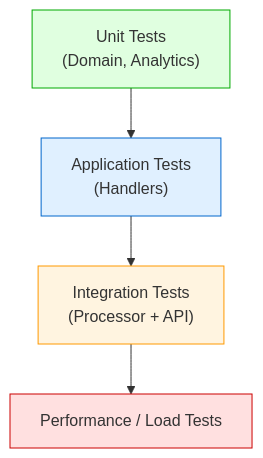
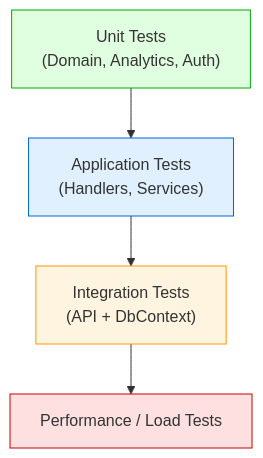
The tenth of 11 diagrams in README.md (yasserebrahimi/MarketDataSystem), drawn with Mermaid before and after one commit. The commit also changed other lines of this file and 75 other files, not shown here.

````diff
--- a/README.md
+++ b/README.md
@@ -478,14 +527,14 @@
 ```mermaid
 graph TD
     U["Unit Tests
-(Domain, Analytics)"] --> A["Application Tests
-(Handlers)"]
+(Domain, Analytics, Auth)"] --> A["Application Tests
+(Handlers, Services)"]
     A --> I["Integration Tests
-(Processor + API)"]
+(API + DbContext)"]
     I --> P["Performance / Load Tests"]
 
     style U fill:#e0ffe0,stroke:#00aa00,stroke-width:1px
     style A fill:#e0f0ff,stroke:#0066cc,stroke-width:1px
     style I fill:#fff4e0,stroke:#ff9900,stroke-width:1px
     style P fill:#ffe0e0,stroke:#cc0000,stroke-width:1px
 ```
````
